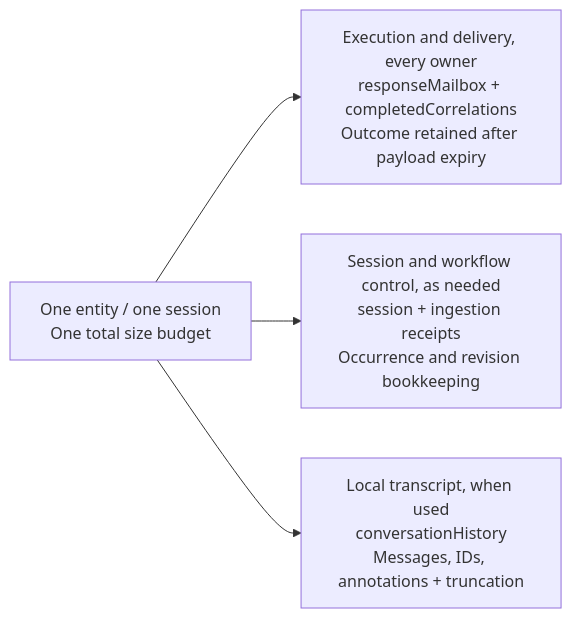
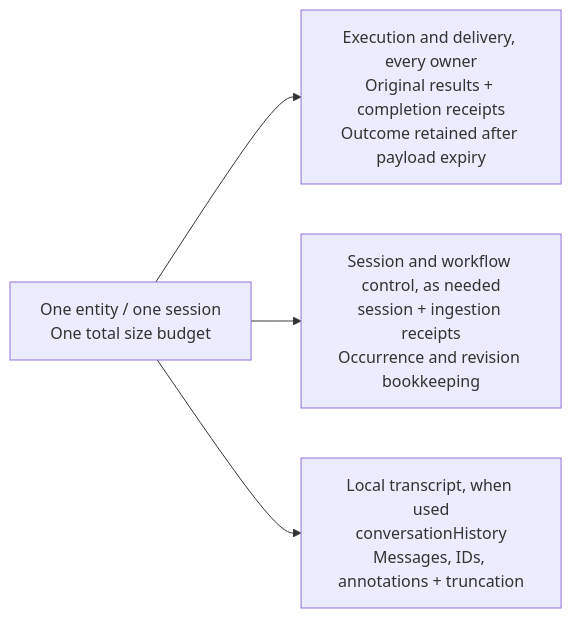
The second of 6 diagrams in docs/decisions/0032-durable-thread-compaction.md (microsoft/agent-framework-durable-extension), drawn with Mermaid before and after one commit. The commit also changed other lines of this file, not shown here.

````diff
--- a/docs/decisions/0032-durable-thread-compaction.md
+++ b/docs/decisions/0032-durable-thread-compaction.md
@@ -197,7 +217,7 @@
 ```mermaid
 flowchart LR
   ENTITY["One entity / one session<br/>One total size budget"]
-  ENTITY --> EXEC["Execution and delivery, every owner<br/>responseMailbox + completedCorrelations<br/>Outcome retained after payload expiry"]
+  ENTITY --> EXEC["Execution and delivery, every owner<br/>Original results + completion receipts<br/>Outcome retained after payload expiry"]
   ENTITY --> CONTROL["Session and workflow control, as needed<br/>session + ingestion receipts<br/>Occurrence and revision bookkeeping"]
   ENTITY --> HISTORY["Local transcript, when used<br/>conversationHistory<br/>Messages, IDs, annotations + truncation"]
 ```
````
